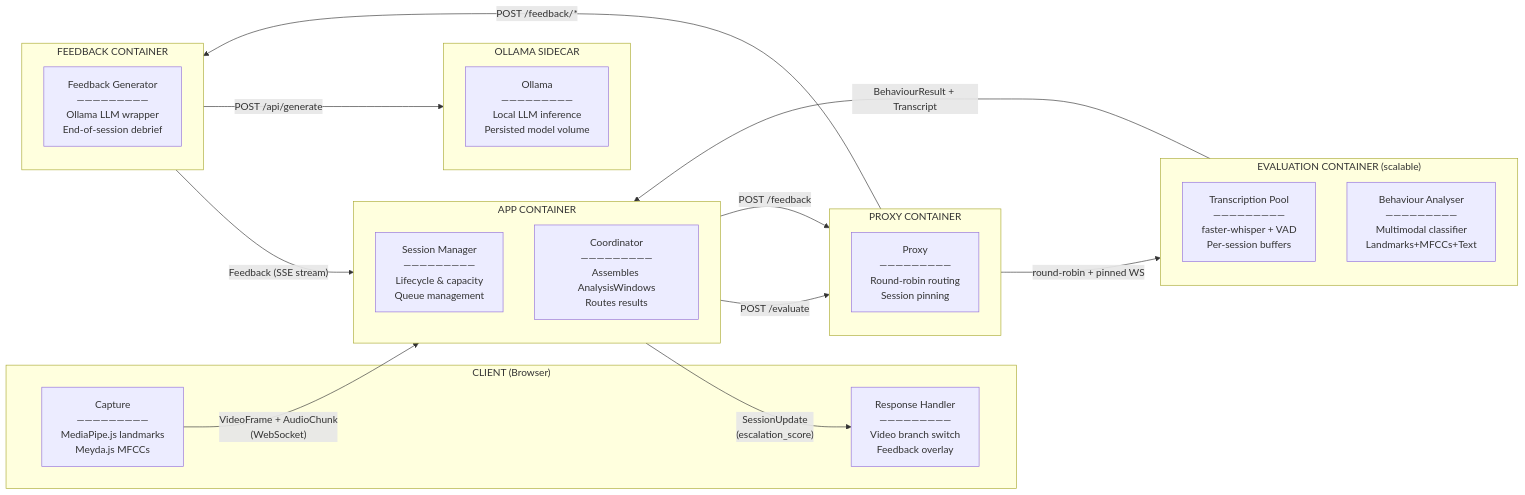
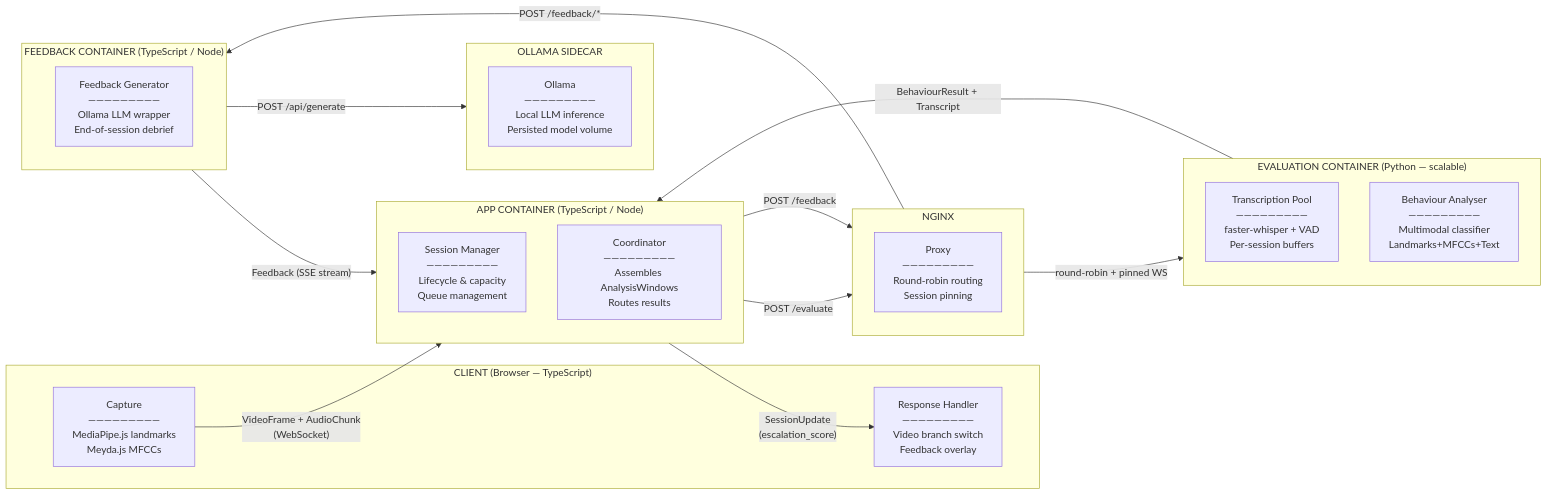
Before and after one commit to Team-Education-Futures-Lab/Agression_Trainer: the first of 3 diagrams in docs/architecture.md, drawn with Mermaid. The commit also changed other lines of this file and 27 other files, not shown here.

````diff
--- a/docs/architecture.md
+++ b/docs/architecture.md
@@ -9,39 +9,39 @@
 ```mermaid
 flowchart LR
-    subgraph CLIENT["CLIENT (Browser)"]
+    subgraph CLIENT["CLIENT (Browser — TypeScript)"]
         CAP["Capture\n―――――――――\nMediaPipe.js landmarks\nMeyda.js MFCCs"]
         RES["Response Handler\n―――――――――\nVideo branch switch\nFeedback overlay"]
     end
 
-    subgraph APP["APP CONTAINER"]
+    subgraph APP["APP CONTAINER (TypeScript / Node)"]
         SM["Session Manager\n―――――――――\nLifecycle & capacity\nQueue management"]
         CO["Coordinator\n―――――――――\nAssembles AnalysisWindows\nRoutes results"]
     end
 
-    subgraph PROXY["PROXY CONTAINER"]
+    subgraph PROXY["NGINX"]
         PX["Proxy\n―――――――――\nRound-robin routing\nSession pinning"]
     end
 
-    subgraph EVAL["EVALUATION CONTAINER  (scalable)"]
+    subgraph EVAL["EVALUATION CONTAINER (Python — scalable)"]
         TR["Transcription Pool\n―――――――――\nfaster-whisper + VAD\nPer-session buffers"]
         BA["Behaviour Analyser\n―――――――――\nMultimodal classifier\nLandmarks+MFCCs+Text"]
     end
 
-    subgraph FEED["FEEDBACK CONTAINER"]
+    subgraph FEED["FEEDBACK CONTAINER (TypeScript / Node)"]
         FG["Feedback Generator\n―――――――――\nOllama LLM wrapper\nEnd-of-session debrief"]
     end
 
     subgraph OLL["OLLAMA SIDECAR"]
         OL["Ollama\n―――――――――\nLocal LLM inference\nPersisted model volume"]
     end
 
     CAP -->|"VideoFrame + AudioChunk\n(WebSocket)"| APP
     APP -->|"SessionUpdate\n(escalation_score)"| RES
     APP -->|"POST /evaluate"| PROXY
     APP -->|"POST /feedback"| PROXY
     PROXY -->|"round-robin + pinned WS"| EVAL
     PROXY -->|"POST /feedback/*"| FEED
     EVAL -->|"BehaviourResult + Transcript"| APP
     FEED -->|"Feedback (SSE stream)"| APP
     FEED -->|"POST /api/generate"| OLL
 ```
````
